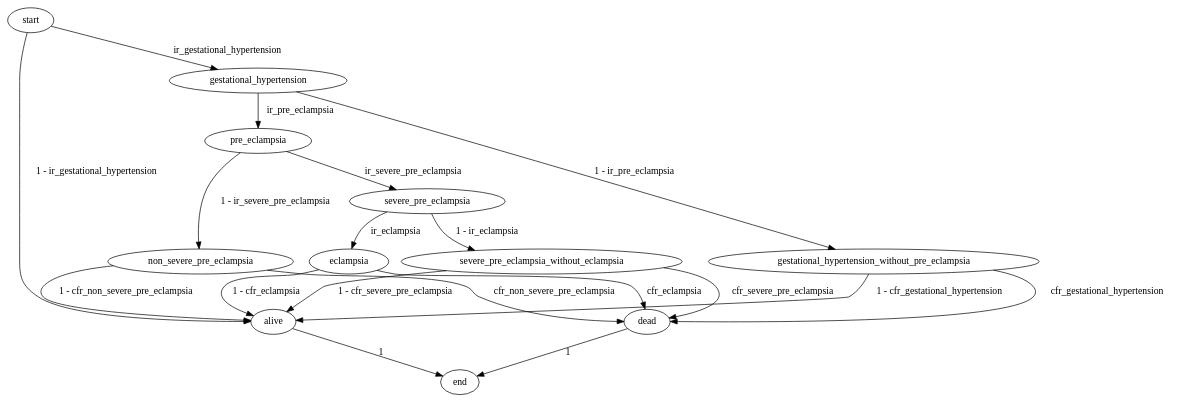
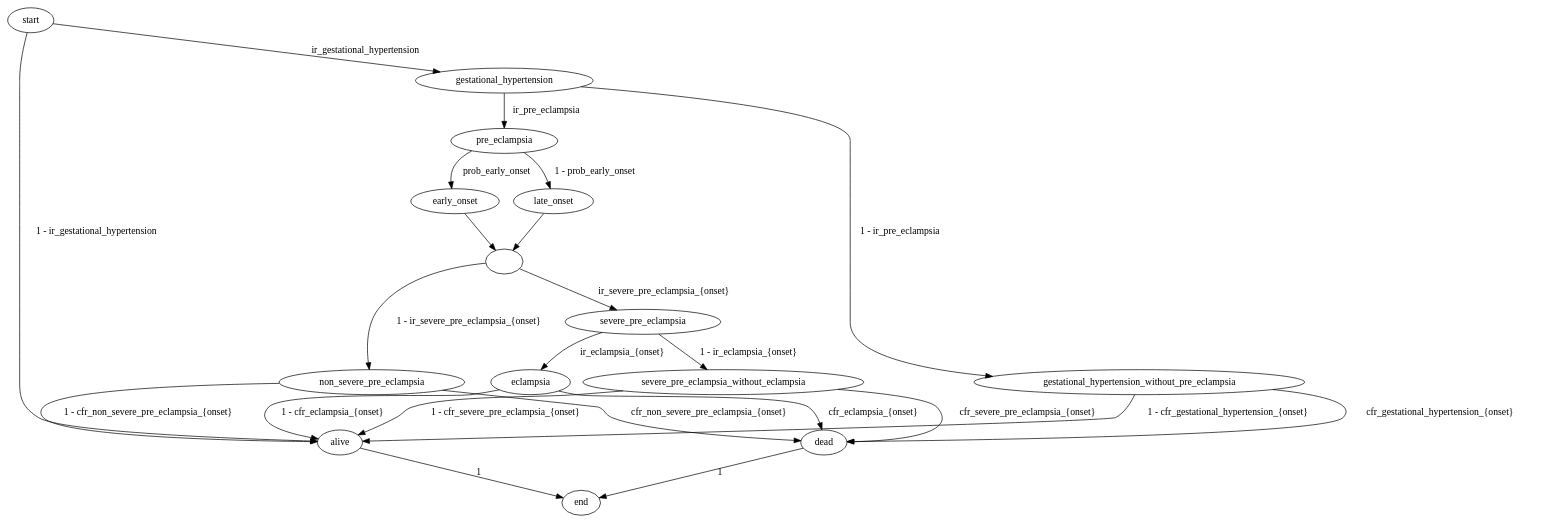
One commit to ihmeuw/vivarium_research changed the diagram in docs/source/models/causes/maternal_disorders/gbd_2021_mncnh/hypertensive_disorders_of_pregnancy.rst. Above: the diagram before and after it, drawn with Graphviz. The commit also changed other lines of this file, not shown here.

Commit message:
Stratify pre-eclampsia model structure by onset

```diff
--- a/docs/source/models/causes/maternal_disorders/gbd_2021_mncnh/hypertensive_disorders_of_pregnancy.rst
+++ b/docs/source/models/causes/maternal_disorders/gbd_2021_mncnh/hypertensive_disorders_of_pregnancy.rst
@@ -238,27 +242,32 @@
 .. graphviz::
 
     digraph hypertensive_disorders_decisions {
         start
         end
         alive
         dead
+        onset_decided [label = ""]
 
         start -> alive [label = "1 - ir_gestational_hypertension"]
         start -> gestational_hypertension [label = "ir_gestational_hypertension"]
         gestational_hypertension -> gestational_hypertension_without_pre_eclampsia [label = "1 - ir_pre_eclampsia"]
         gestational_hypertension -> pre_eclampsia [label = "ir_pre_eclampsia"]
-        pre_eclampsia -> non_severe_pre_eclampsia [label = "1 - ir_severe_pre_eclampsia"]
-        pre_eclampsia -> severe_pre_eclampsia [label = "ir_severe_pre_eclampsia"]
-        severe_pre_eclampsia -> severe_pre_eclampsia_without_eclampsia [label = "1 - ir_eclampsia"]
-        severe_pre_eclampsia -> eclampsia [label = "ir_eclampsia"]
-        severe_pre_eclampsia_without_eclampsia -> alive [label = "1 - cfr_severe_pre_eclampsia"]
-        severe_pre_eclampsia_without_eclampsia -> dead [label = "cfr_severe_pre_eclampsia"]
-        gestational_hypertension_without_pre_eclampsia -> alive [label = "1 - cfr_gestational_hypertension"]
-        gestational_hypertension_without_pre_eclampsia -> dead [label = "cfr_gestational_hypertension"]
-        non_severe_pre_eclampsia -> alive [label = "1 - cfr_non_severe_pre_eclampsia"]
-        non_severe_pre_eclampsia -> dead [label = "cfr_non_severe_pre_eclampsia"]
-        eclampsia -> alive [label = "1 - cfr_eclampsia"]
-        eclampsia -> dead [label = "cfr_eclampsia"]
+        pre_eclampsia -> early_onset [label = "prob_early_onset"]
+        pre_eclampsia -> late_onset [label = "1 - prob_early_onset"]
+        early_onset -> onset_decided
+        late_onset -> onset_decided
+        onset_decided -> non_severe_pre_eclampsia [label = "1 - ir_severe_pre_eclampsia_{onset}"]
+        onset_decided -> severe_pre_eclampsia [label = "ir_severe_pre_eclampsia_{onset}"]
+        severe_pre_eclampsia -> severe_pre_eclampsia_without_eclampsia [label = "1 - ir_eclampsia_{onset}"]
+        severe_pre_eclampsia -> eclampsia [label = "ir_eclampsia_{onset}"]
+        severe_pre_eclampsia_without_eclampsia -> alive [label = "1 - cfr_severe_pre_eclampsia_{onset}"]
+        severe_pre_eclampsia_without_eclampsia -> dead [label = "cfr_severe_pre_eclampsia_{onset}"]
+        gestational_hypertension_without_pre_eclampsia -> alive [label = "1 - cfr_gestational_hypertension_{onset}"]
+        gestational_hypertension_without_pre_eclampsia -> dead [label = "cfr_gestational_hypertension_{onset}"]
+        non_severe_pre_eclampsia -> alive [label = "1 - cfr_non_severe_pre_eclampsia_{onset}"]
+        non_severe_pre_eclampsia -> dead [label = "cfr_non_severe_pre_eclampsia_{onset}"]
+        eclampsia -> alive [label = "1 - cfr_eclampsia_{onset}"]
+        eclampsia -> dead [label = "cfr_eclampsia_{onset}"]
         alive -> end  [label = "1"]
         dead -> end  [label = "1"]
     }
```
